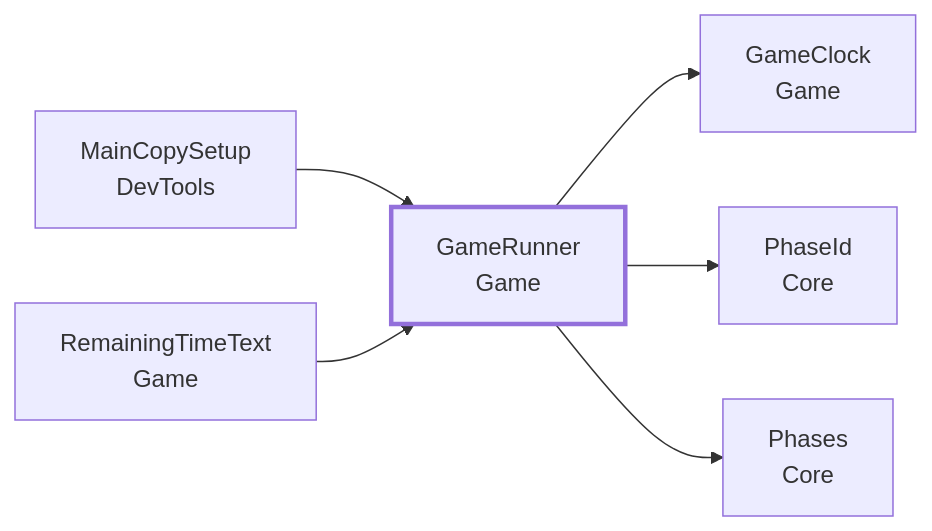
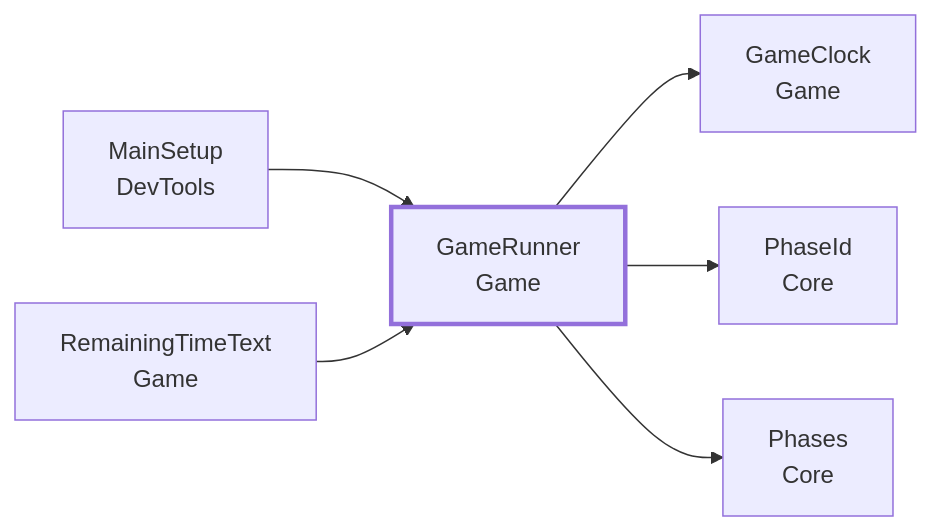
One commit to Fialuxe/MouthOfGod_System changed the second of 3 diagrams in docs/api/Game.md. Above: the diagram before and after it, drawn with Mermaid. The commit also changed other lines of this file and 12 other files, not shown here.

First line of the commit message:
写しのシーン（Main_Copy）をやめ、Main をそのまま本編まで遊べる形にするメニューにする

````diff
--- a/docs/api/Game.md
+++ b/docs/api/Game.md
@@ -97,10 +97,10 @@
 ```mermaid
 flowchart LR
   C_GameRunner["GameRunner<br/>Game"]:::me
-  U_MainCopySetup["MainCopySetup<br/>DevTools"] --> C_GameRunner
+  U_MainSetup["MainSetup<br/>DevTools"] --> C_GameRunner
   U_RemainingTimeText["RemainingTimeText<br/>Game"] --> C_GameRunner
   C_GameRunner --> D_GameClock["GameClock<br/>Game"]
   C_GameRunner --> D_PhaseId["PhaseId<br/>Core"]
   C_GameRunner --> D_Phases["Phases<br/>Core"]
   classDef me stroke-width:3px
 ```
````
